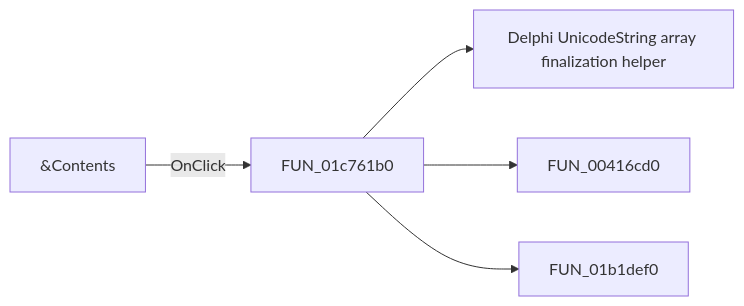
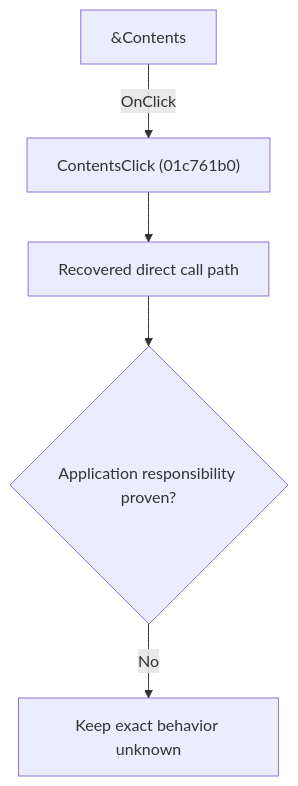
The diagram in docs/ui-controls/schematiceditor/contents-661e86084c.md (MovGP0/TIARA), drawn with Mermaid before and after one commit. The commit also changed other lines of this file and 1062 other files, not shown here.

````diff
--- a/docs/ui-controls/schematiceditor/contents-661e86084c.md
+++ b/docs/ui-controls/schematiceditor/contents-661e86084c.md
@@ -27,7 +27,7 @@
 ```mermaid
-flowchart LR
-    control["&Contents"] -->|OnClick| handler["FUN_01c761b0"]
-    handler --> call1["Delphi UnicodeString array finalization helper"]
-    handler --> call2["FUN_00416cd0"]
-    handler --> call3["FUN_01b1def0"]
+flowchart TD
+    control["&Contents"] -->|"OnClick"| handler["ContentsClick (01c761b0)"]
+    handler --> recovered["Recovered direct call path"]
+    recovered --> gap{"Application responsibility proven?"}
+    gap -->|"No"| blocked["Keep exact behavior unknown"]
 ```
````
